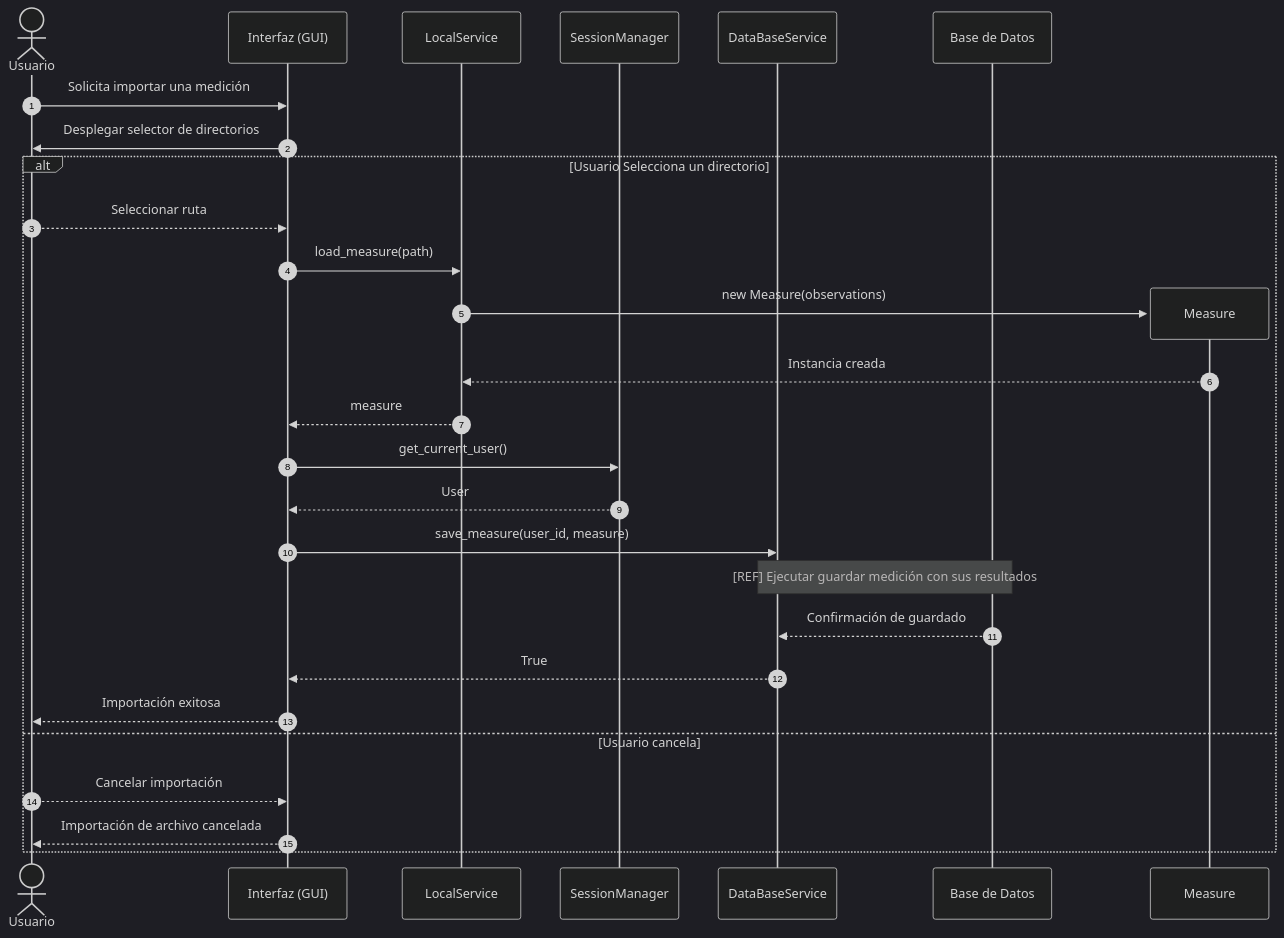
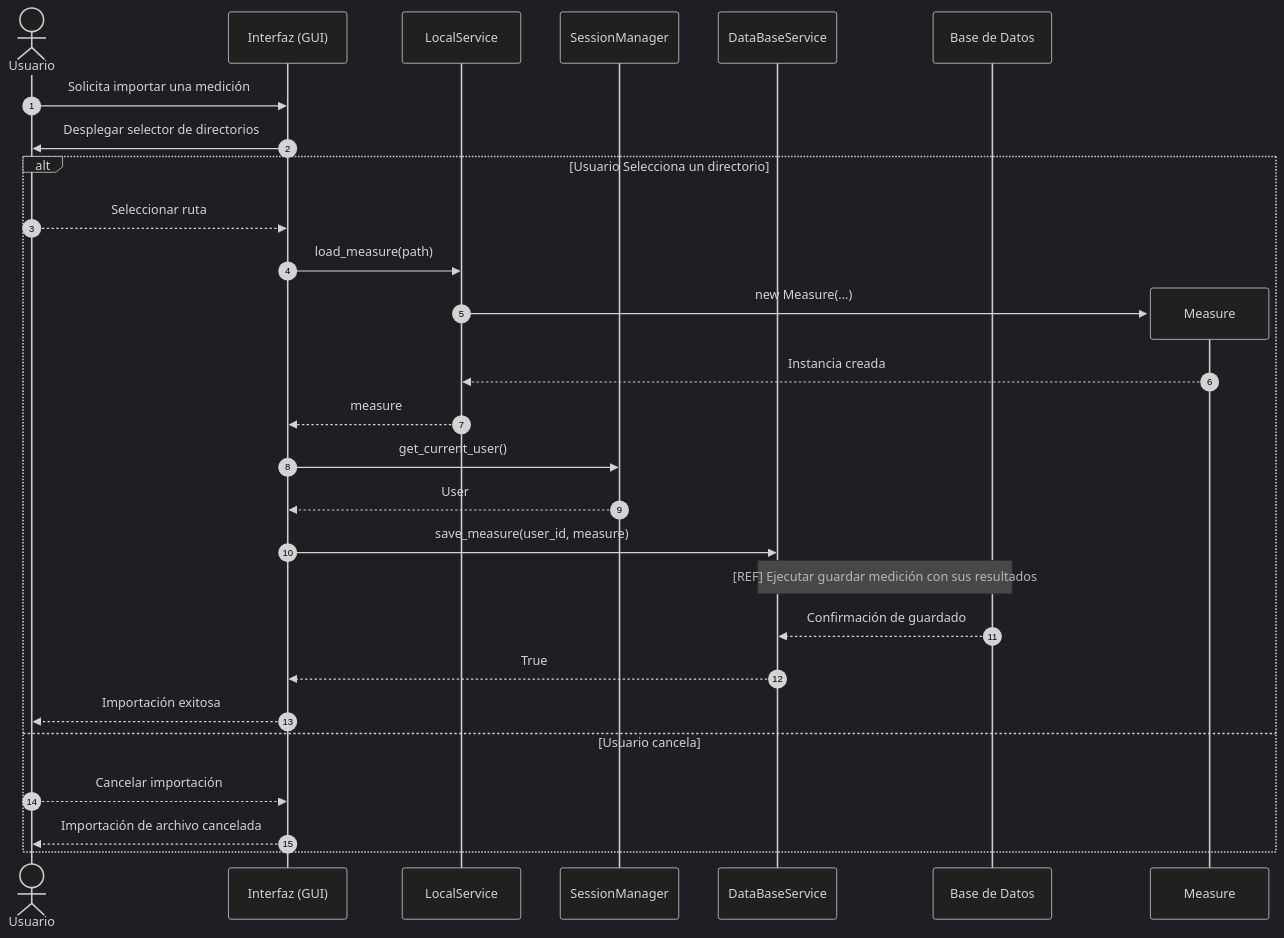
One commit to alegrelias/Repo-GMini changed the eighth of 13 diagrams in Gmini-MarkDown/Diagramas/Diagramas de Secuencia.md. Above: the diagram before and after it, drawn with Mermaid (dark theme). The commit also changed other lines of this file, not shown here.

Commit message:
Se agrega diagrama de secuencia

````diff
--- a/Gmini-MarkDown/Diagramas/Diagramas de Secuencia.md
+++ b/Gmini-MarkDown/Diagramas/Diagramas de Secuencia.md
@@ -257,33 +257,33 @@
 ```mermaid
 sequenceDiagram
 autonumber
 
 actor U as Usuario
 participant G as Interfaz (GUI)
 participant local as LocalService
 participant session as SessionManager
 participant dbs as DataBaseService
 participant db as Base de Datos
 
 U->>G: Solicita importar una medición
 
 G->>U: Desplegar selector de directorios
 	alt Usuario Selecciona un directorio
 		U-->>G: Seleccionar ruta
 		G->>local: load_measure(path)
 		create participant M as Measure
-		local->>M: new Measure(observations)
+		local->>M: new Measure(...)
 		M-->>local: Instancia creada
 		local-->>G: measure
 		G->>session: get_current_user()
 			session-->>G: User
 			G->>dbs: save_measure(user_id, measure)
 			Note over dbs, db: [REF] Ejecutar guardar medición con sus resultados
 			db-->>dbs: Confirmación de guardado
 			dbs-->>G: True
 			G-->>U: Importación exitosa
 	else Usuario cancela
 		U-->>G: Cancelar importación
 		G-->>U: Importación de archivo cancelada
 	end
 ```
````
